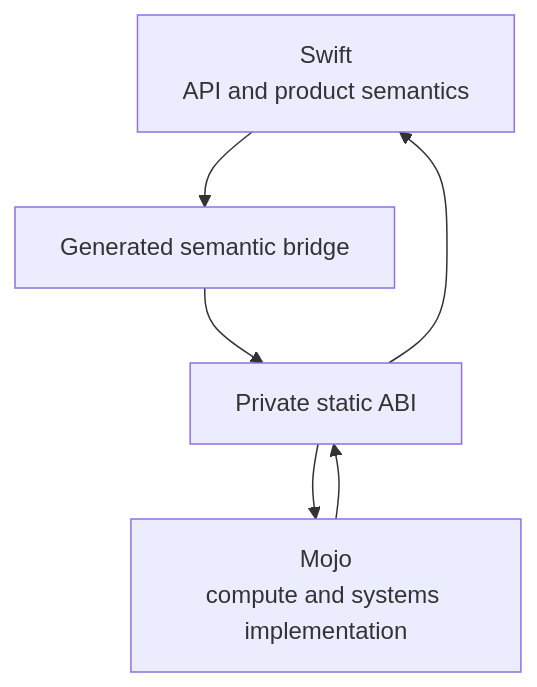
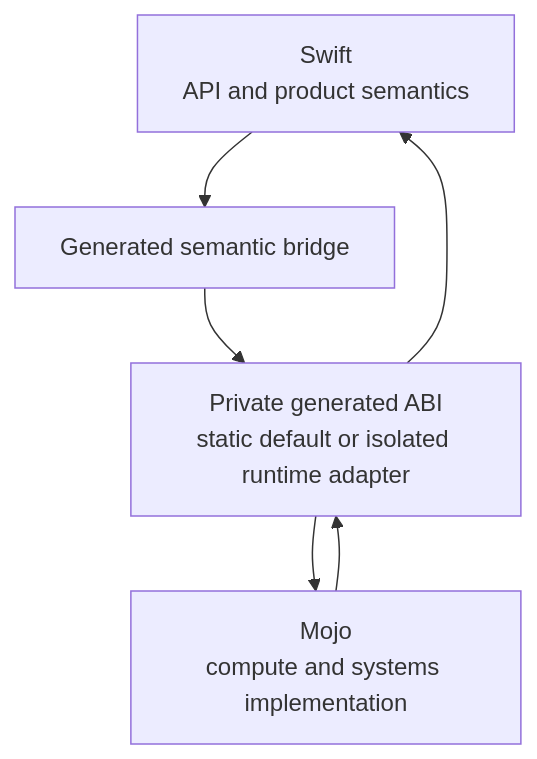
One commit to 1amageek/swift-mojo changed the first of 2 diagrams in docs/PHILOSOPHY.md. Above: the diagram before and after it, drawn with Mermaid. The commit also changed other lines of this file and 22 other files, not shown here.

````diff
--- a/docs/PHILOSOPHY.md
+++ b/docs/PHILOSOPHY.md
@@ -7,9 +7,9 @@
 ```mermaid
 flowchart TB
     API["Swift<br/>API and product semantics"]
     IR["Generated semantic bridge"]
-    ABI["Private static ABI"]
+    ABI["Private generated ABI<br/>static default or isolated runtime adapter"]
     IMPL["Mojo<br/>compute and systems implementation"]
     API --> IR --> ABI --> IMPL
     IMPL --> ABI --> API
 ```
````
